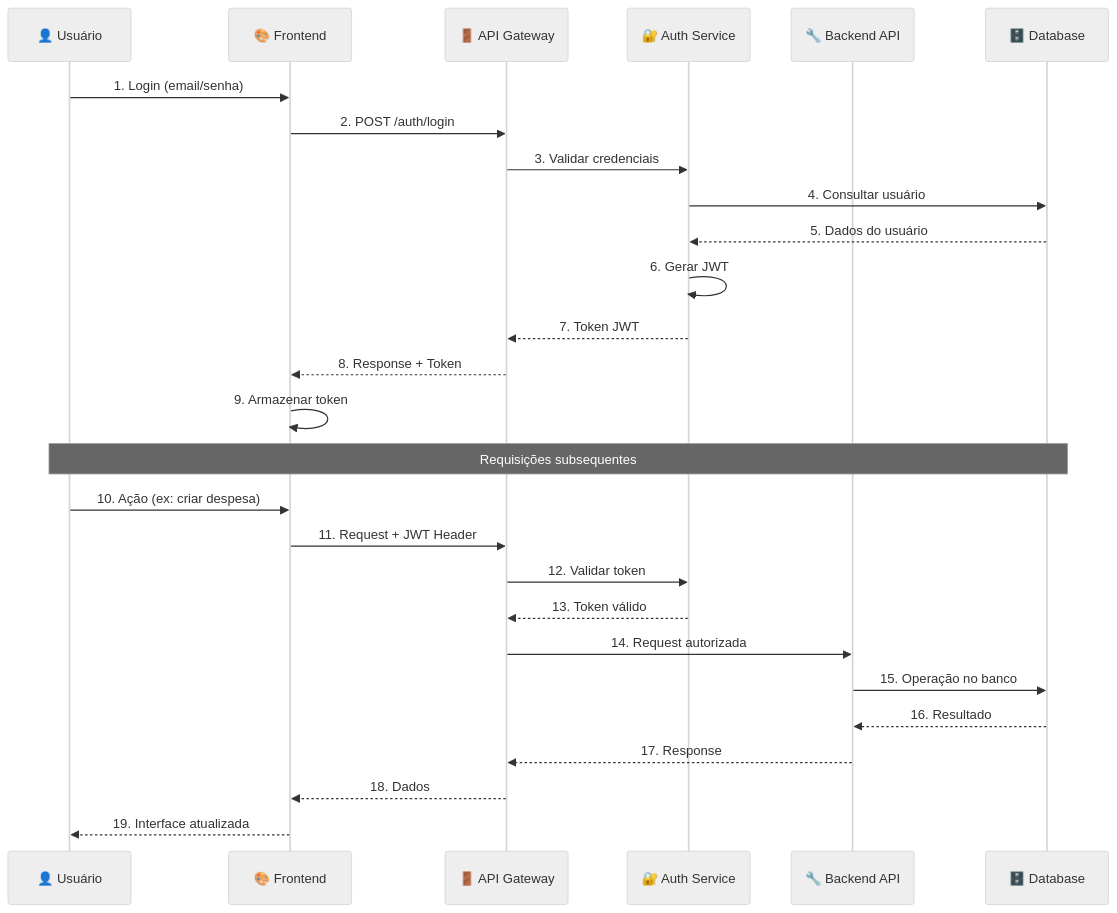
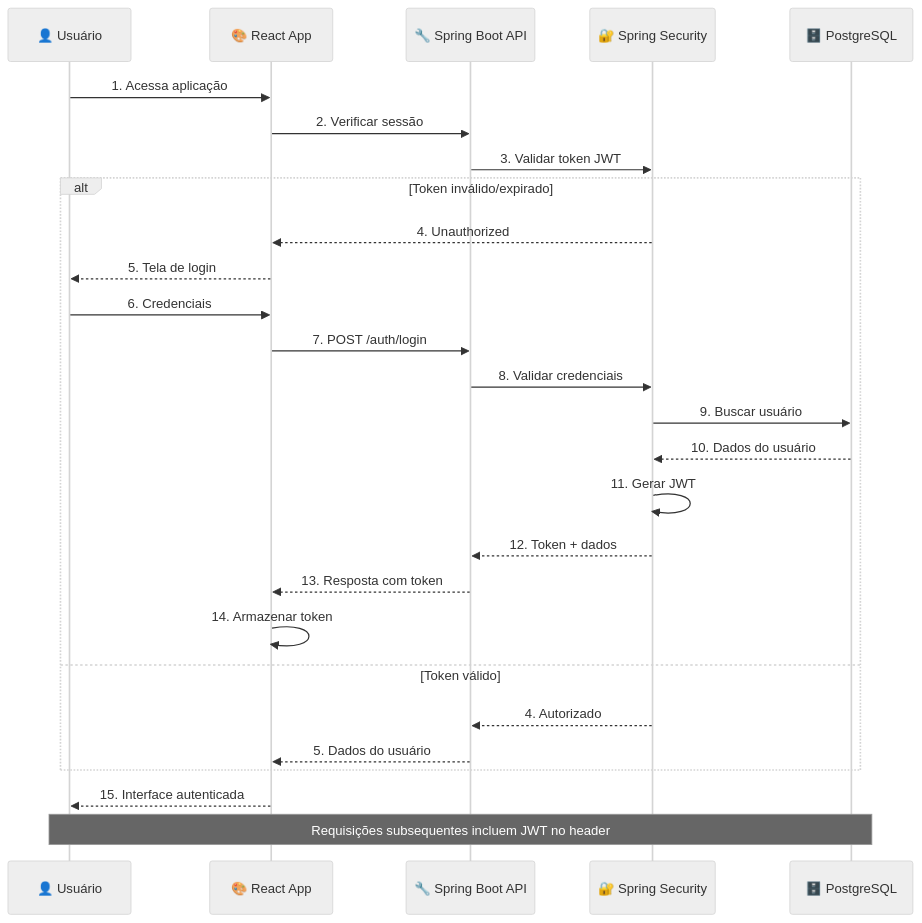
One commit to Finboostplus/finboostplus-app changed the eighth of 8 diagrams in docs/project/diagrams.md. Above: the diagram before and after it, drawn with Mermaid (neutral theme). The commit also changed other lines of this file and 10 other files, not shown here.

````diff
--- a/docs/project/diagrams.md
+++ b/docs/project/diagrams.md
@@ -271,32 +435,33 @@
 ```mermaid
 sequenceDiagram
     participant User as 👤 Usuário
-    participant Frontend as 🎨 Frontend
-    participant Gateway as 🚪 API Gateway
-    participant Auth as 🔐 Auth Service
-    participant API as 🔧 Backend API
-    participant DB as 🗄️ Database
+    participant Frontend as 🎨 React App
+    participant API as 🔧 Spring Boot API
+    participant Auth as 🔐 Spring Security
+    participant DB as 🗄️ PostgreSQL
     
-    User->>Frontend: 1. Login (email/senha)
-    Frontend->>Gateway: 2. POST /auth/login
-    Gateway->>Auth: 3. Validar credenciais
-    Auth->>DB: 4. Consultar usuário
-    DB-->>Auth: 5. Dados do usuário
-    Auth->>Auth: 6. Gerar JWT
-    Auth-->>Gateway: 7. Token JWT
-    Gateway-->>Frontend: 8. Response + Token
-    Frontend->>Frontend: 9. Armazenar token
+    User->>Frontend: 1. Acessa aplicação
+    Frontend->>API: 2. Verificar sessão
+    API->>Auth: 3. Validar token JWT
     
-    Note over User,DB: Requisições subsequentes
+    alt Token inválido/expirado
+        Auth-->>Frontend: 4. Unauthorized
+        Frontend-->>User: 5. Tela de login
+        User->>Frontend: 6. Credenciais
+        Frontend->>API: 7. POST /auth/login
+        API->>Auth: 8. Validar credenciais
+        Auth->>DB: 9. Buscar usuário
+        DB-->>Auth: 10. Dados do usuário
+        Auth->>Auth: 11. Gerar JWT
+        Auth-->>API: 12. Token + dados
+        API-->>Frontend: 13. Resposta com token
+        Frontend->>Frontend: 14. Armazenar token
+    else Token válido
+        Auth-->>API: 4. Autorizado
+        API-->>Frontend: 5. Dados do usuário
+    end
     
-    User->>Frontend: 10. Ação (ex: criar despesa)
-    Frontend->>Gateway: 11. Request + JWT Header
-    Gateway->>Auth: 12. Validar token
-    Auth-->>Gateway: 13. Token válido
-    Gateway->>API: 14. Request autorizada
-    API->>DB: 15. Operação no banco
-    DB-->>API: 16. Resultado
-    API-->>Gateway: 17. Response
-    Gateway-->>Frontend: 18. Dados
-    Frontend-->>User: 19. Interface atualizada
+    Frontend-->>User: 15. Interface autenticada
+    
+    Note over User,DB: Requisições subsequentes incluem JWT no header
 ```
````
